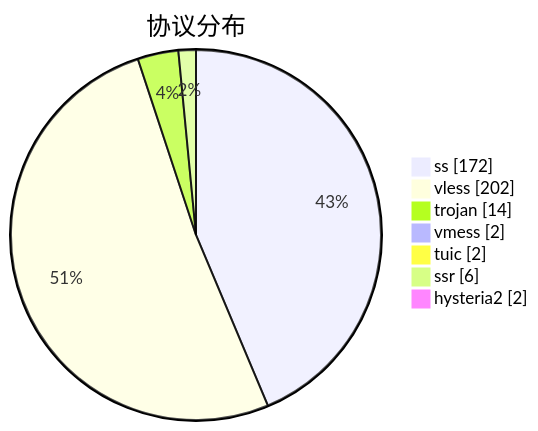
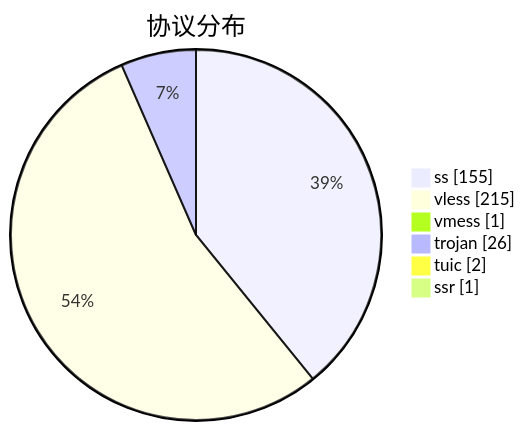
The third of 3 diagrams in subs/statistics/tested_within.md (qjlxg/airport), drawn with Mermaid before and after one commit. The commit also changed other lines of this file and 2 other files, not shown here.

````diff
--- a/subs/statistics/tested_within.md
+++ b/subs/statistics/tested_within.md
@@ -36,11 +42,10 @@
 ```mermaid
 pie showData
 title 协议分布
-"ss" : 172
-"vless" : 202
-"trojan" : 14
-"vmess" : 2
+"ss" : 155
+"vless" : 215
+"vmess" : 1
+"trojan" : 26
 "tuic" : 2
-"ssr" : 6
-"hysteria2" : 2
+"ssr" : 1
 ```
````
